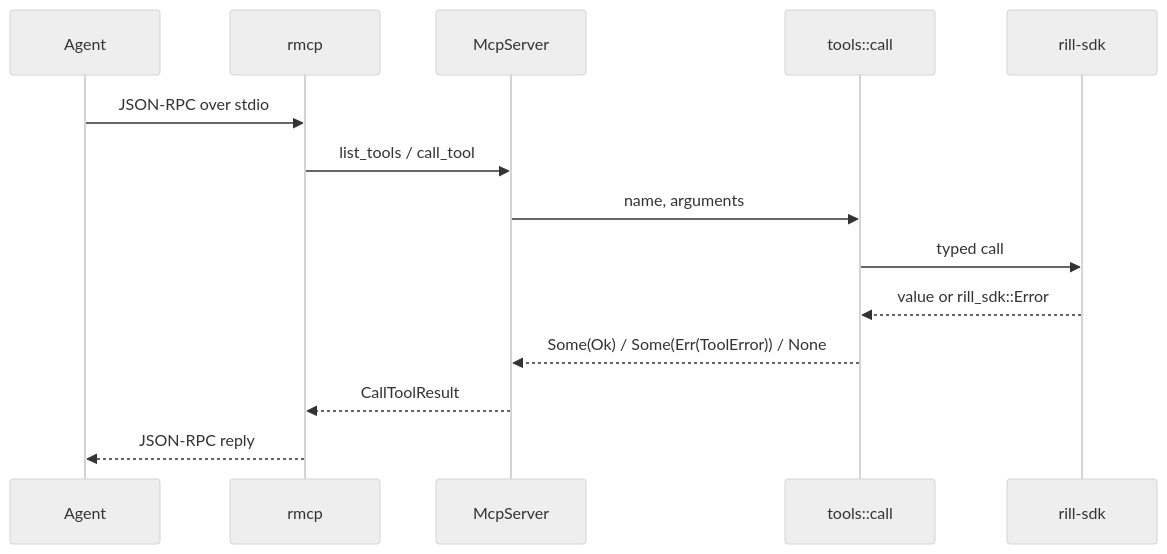
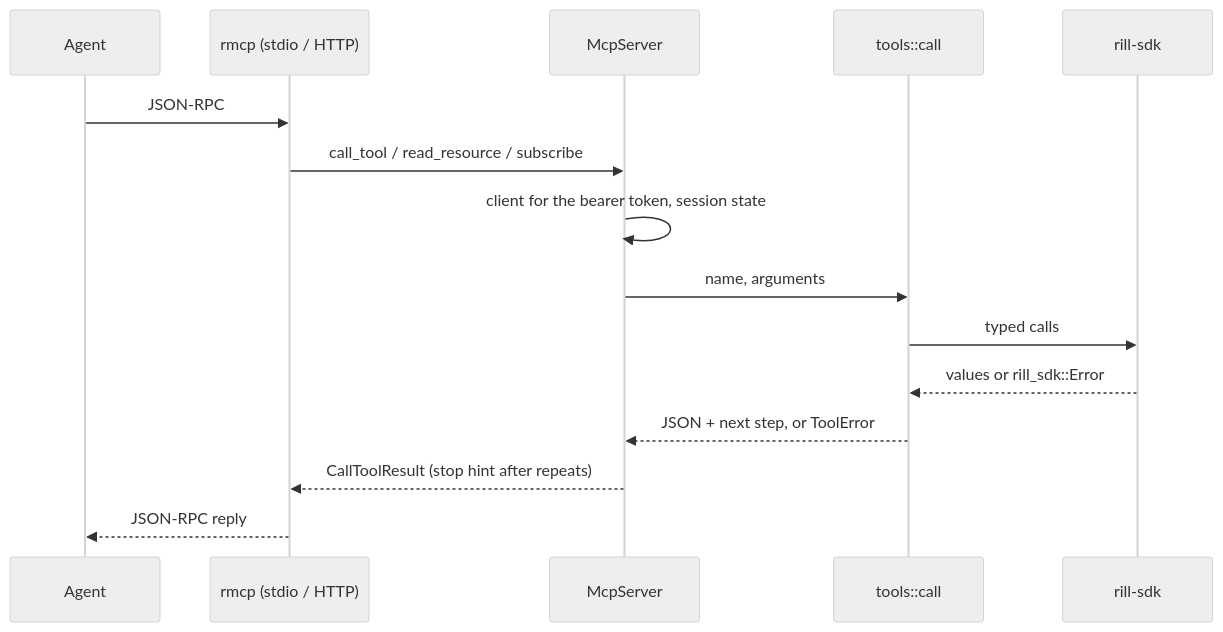
Before and after one commit to envoy1084/rill: the diagram in architecture/08-clients/mcp.md, drawn with Mermaid (neutral theme). The commit also changed other lines of this file and 67 other files, not shown here.

First line of the commit message:
mcp: task-level tools, resources, budgets, streamable HTTP

````diff
--- a/architecture/08-clients/mcp.md
+++ b/architecture/08-clients/mcp.md
@@ -14,16 +19,17 @@
 ```mermaid
 sequenceDiagram
     participant Ag as Agent
-    participant Rm as rmcp
+    participant Rm as rmcp (stdio / HTTP)
     participant Sv as McpServer
     participant Tl as tools::call
     participant Sdk as rill-sdk
-    Ag->>Rm: JSON-RPC over stdio
-    Rm->>Sv: list_tools / call_tool
+    Ag->>Rm: JSON-RPC
+    Rm->>Sv: call_tool / read_resource / subscribe
+    Sv->>Sv: client for the bearer token, session state
     Sv->>Tl: name, arguments
-    Tl->>Sdk: typed call
-    Sdk-->>Tl: value or rill_sdk::Error
-    Tl-->>Sv: Some(Ok) / Some(Err(ToolError)) / None
-    Sv-->>Rm: CallToolResult
+    Tl->>Sdk: typed calls
+    Sdk-->>Tl: values or rill_sdk::Error
+    Tl-->>Sv: JSON + next step, or ToolError
+    Sv-->>Rm: CallToolResult (stop hint after repeats)
     Rm-->>Ag: JSON-RPC reply
 ```
````
